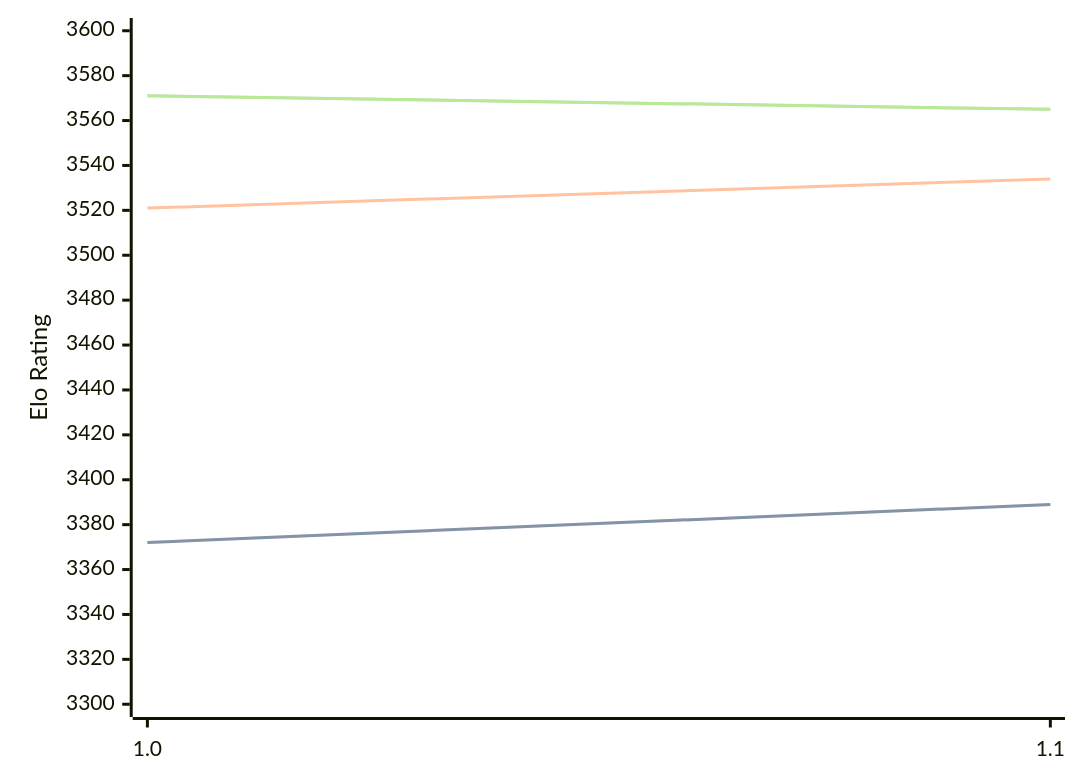
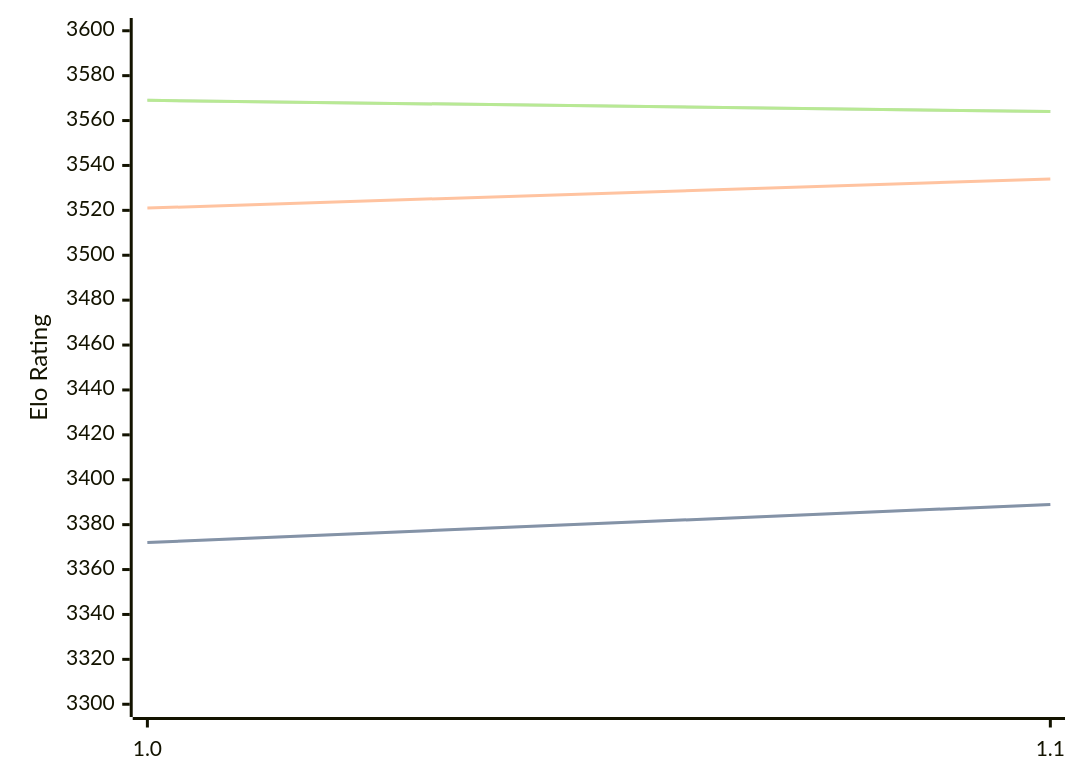
Before and after one commit to computer-chess-index/cci: the diagram in engines/Horsie.md, drawn with Mermaid. The commit also changed other lines of this file, not shown here.

Commit message:
Update CCI Ratings (ELO VLTC) - 2026-03-11

````diff
--- a/engines/Horsie.md
+++ b/engines/Horsie.md
@@ -30,11 +30,11 @@
 ```mermaid
 %%{init: {"theme":"base","themeVariables":{"seriesColors:['#a3a3a3','#222221','#faa371']}}}%%
 xychart-beta
   x-axis ["1.0", "1.1"]
   y-axis "Elo Rating" 3300 --> 3600
   line "STC (8.0+0.08s)" [3372, 3389]
   line "STC (8.0+0.08s)" [3372, 3389]
   line "LTC (60.0+0.60s)" [3521, 3534]
-  line "VLTC (2m24s+1.12s)" [3571, 3565]
-  line "VLTC (2m24s+1.12s)" [3571, 3565]
+  line "VLTC (2m24s+1.12s)" [3569, 3564]
+  line "VLTC (2m24s+1.12s)" [3569, 3564]
 ```
````
